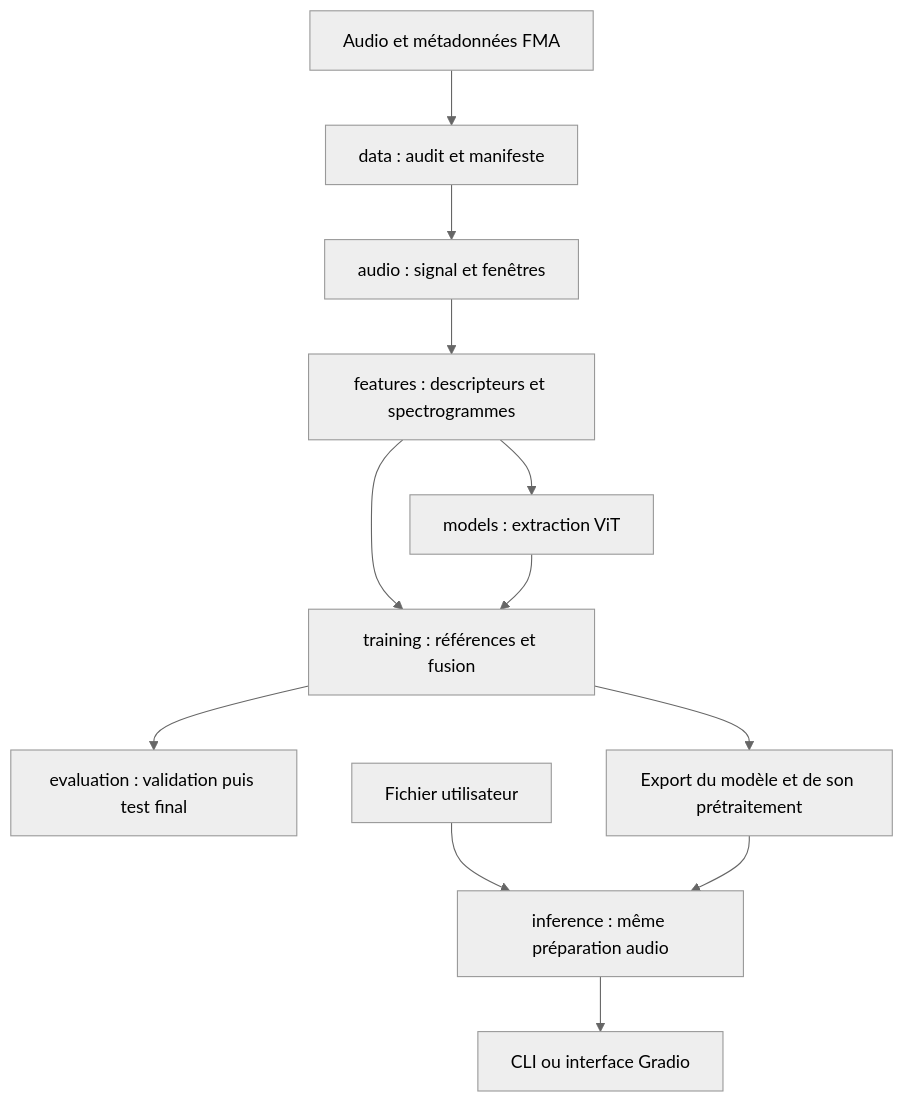
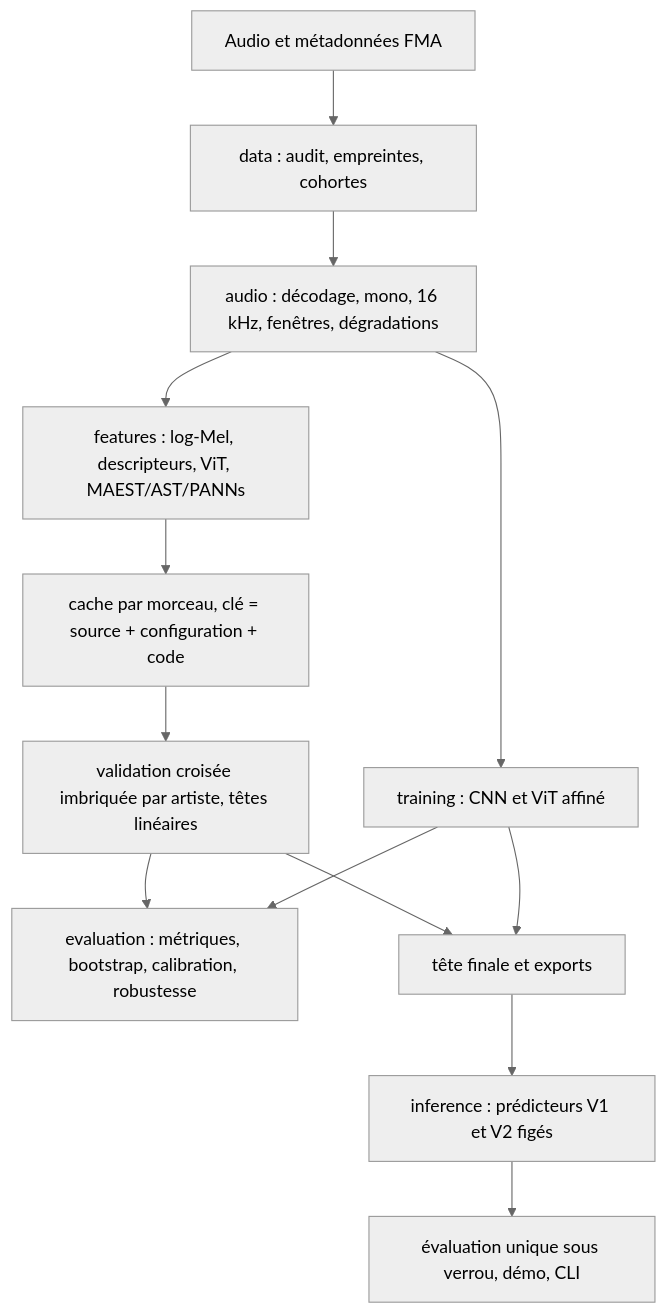
One commit to pierredamien21/classification-genres-musicaux changed the diagram in docs/ARCHITECTURE.md. Above: the diagram before and after it, drawn with Mermaid (neutral theme). The commit also changed other lines of this file and 51 other files, not shown here.

````diff
--- a/docs/ARCHITECTURE.md
+++ b/docs/ARCHITECTURE.md
@@ -9,14 +9,15 @@
 ```mermaid
 flowchart TD
-    A[Audio et métadonnées FMA] --> B[data : audit et manifeste]
-    B --> C[audio : signal et fenêtres]
-    C --> D[features : descripteurs et spectrogrammes]
-    D --> E[models : extraction ViT]
-    D --> F[training : références et fusion]
-    E --> F
-    F --> G[evaluation : validation puis test final]
-    F --> H[Export du modèle et de son prétraitement]
-    I[Fichier utilisateur] --> J[inference : même préparation audio]
-    H --> J
-    J --> K[CLI ou interface Gradio]
+    A[Audio et métadonnées FMA] --> B[data : audit, empreintes, cohortes]
+    B --> C[audio : décodage, mono, 16 kHz, fenêtres, dégradations]
+    C --> D[features : log-Mel, descripteurs, ViT, MAEST/AST/PANNs]
+    D --> E[cache par morceau, clé = source + configuration + code]
+    E --> F[validation croisée imbriquée par artiste, têtes linéaires]
+    C --> G[training : CNN et ViT affiné]
+    F --> H[evaluation : métriques, bootstrap, calibration, robustesse]
+    G --> H
+    F --> I[tête finale et exports]
+    G --> I
+    I --> J[inference : prédicteurs V1 et V2 figés]
+    J --> K[évaluation unique sous verrou, démo, CLI]
 ```
````
